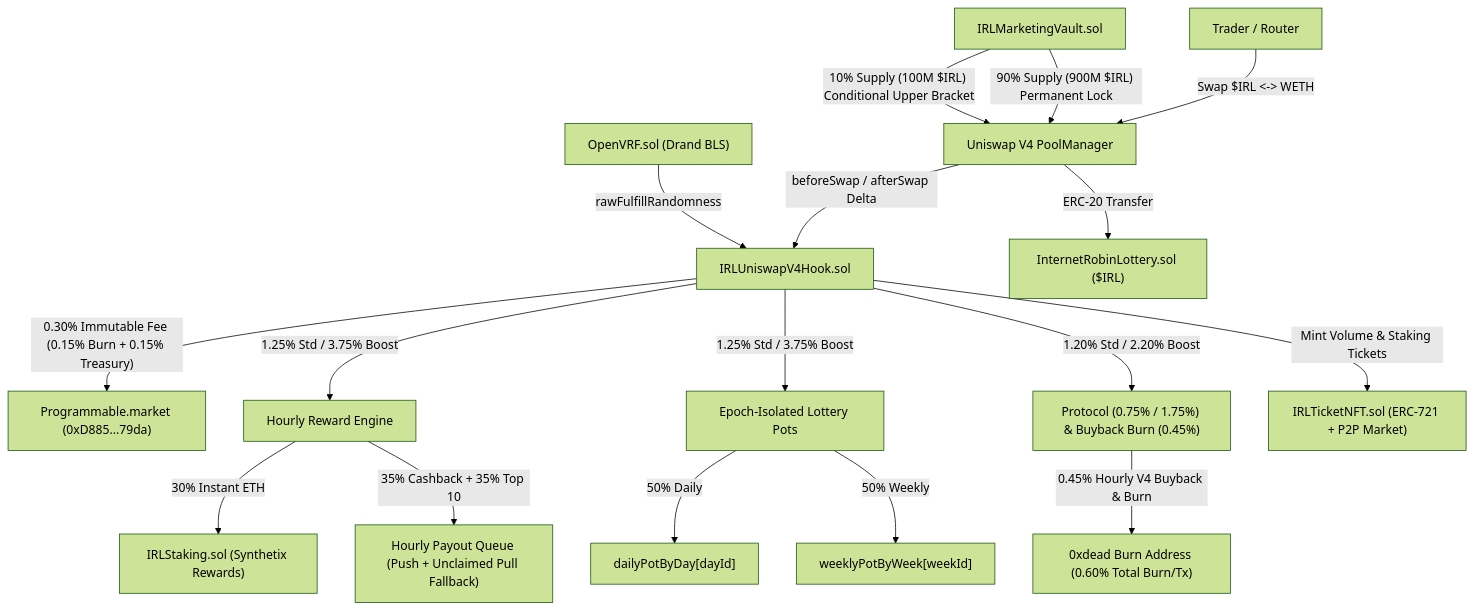
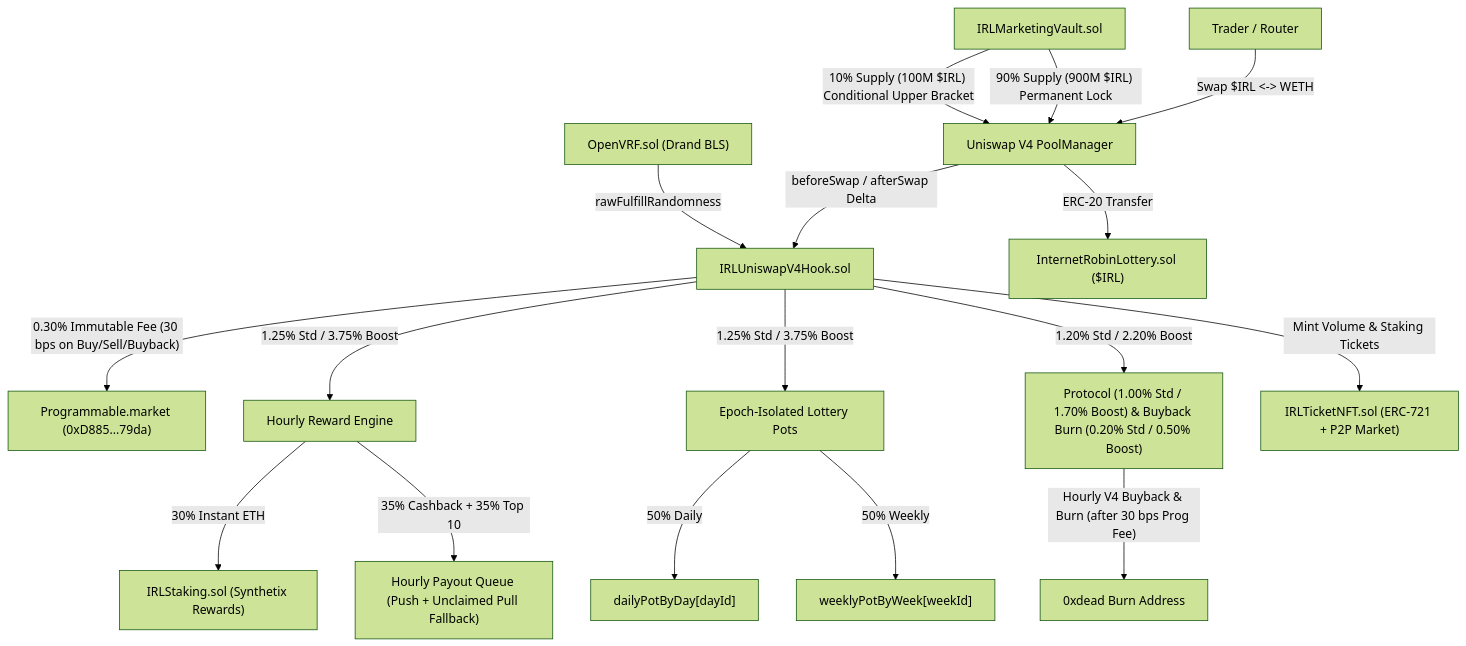
Before and after one commit to math-crypt/lottery-robinhood: the diagram in SYSTEM_ARCHITECTURE.md, drawn with Mermaid (forest theme). The commit also changed other lines of this file and 4 other files, not shown here.

Commit message:
fix(hook,docs): enforce 30 bps Programmable fee on buyback, fix anti-whale buy/sell delta, lock price cutoffs, and update 4% tax split (0.20% buyback / 1.00% protocol)

````diff
--- a/SYSTEM_ARCHITECTURE.md
+++ b/SYSTEM_ARCHITECTURE.md
@@ -19,23 +19,23 @@
 ```mermaid
 flowchart TD
     Trader["Trader / Router"] -->|"Swap $IRL <-> WETH"| PM["Uniswap V4 PoolManager"]
     PM -->|"beforeSwap / afterSwap Delta"| Hook["IRLUniswapV4Hook.sol"]
     PM -->|"ERC-20 Transfer"| Token["InternetRobinLottery.sol ($IRL)"]
 
-    Hook -->|"0.30% Immutable Fee (0.15% Burn + 0.15% Treasury)"| Prog["Programmable.market (0xD885...79da)"]
+    Hook -->|"0.30% Immutable Fee (30 bps on Buy/Sell/Buyback)"| Prog["Programmable.market (0xD885...79da)"]
     Hook -->|"1.25% Std / 3.75% Boost"| Hourly["Hourly Reward Engine"]
     Hook -->|"1.25% Std / 3.75% Boost"| Lottery["Epoch-Isolated Lottery Pots"]
-    Hook -->|"1.20% Std / 2.20% Boost"| Proto["Protocol (0.75% / 1.75%) & Buyback Burn (0.45%)"]
-    Proto -->|"0.45% Hourly V4 Buyback & Burn"| Dead["0xdead Burn Address (0.60% Total Burn/Tx)"]
+    Hook -->|"1.20% Std / 2.20% Boost"| Proto["Protocol (1.00% Std / 1.70% Boost) & Buyback Burn (0.20% Std / 0.50% Boost)"]
+    Proto -->|"Hourly V4 Buyback & Burn (after 30 bps Prog Fee)"| Dead["0xdead Burn Address"]
 
     Hourly -->|"30% Instant ETH"| Staking["IRLStaking.sol (Synthetix Rewards)"]
     Hourly -->|"35% Cashback + 35% Top 10"| Queue["Hourly Payout Queue (Push + Unclaimed Pull Fallback)"]
 
     Lottery -->|"50% Daily"| DailyPot["dailyPotByDay[dayId]"]
     Lottery -->|"50% Weekly"| WeeklyPot["weeklyPotByWeek[weekId]"]
     Hook -->|"Mint Volume & Staking Tickets"| NFT["IRLTicketNFT.sol (ERC-721 + P2P Market)"]
     OpenVRF["OpenVRF.sol (Drand BLS)"] -->|"rawFulfillRandomness"| Hook
 
     Vault["IRLMarketingVault.sol"] -->|"90% Supply (900M $IRL) Permanent Lock"| PM
     Vault -->|"10% Supply (100M $IRL) Conditional Upper Bracket"| PM
 ```
````
